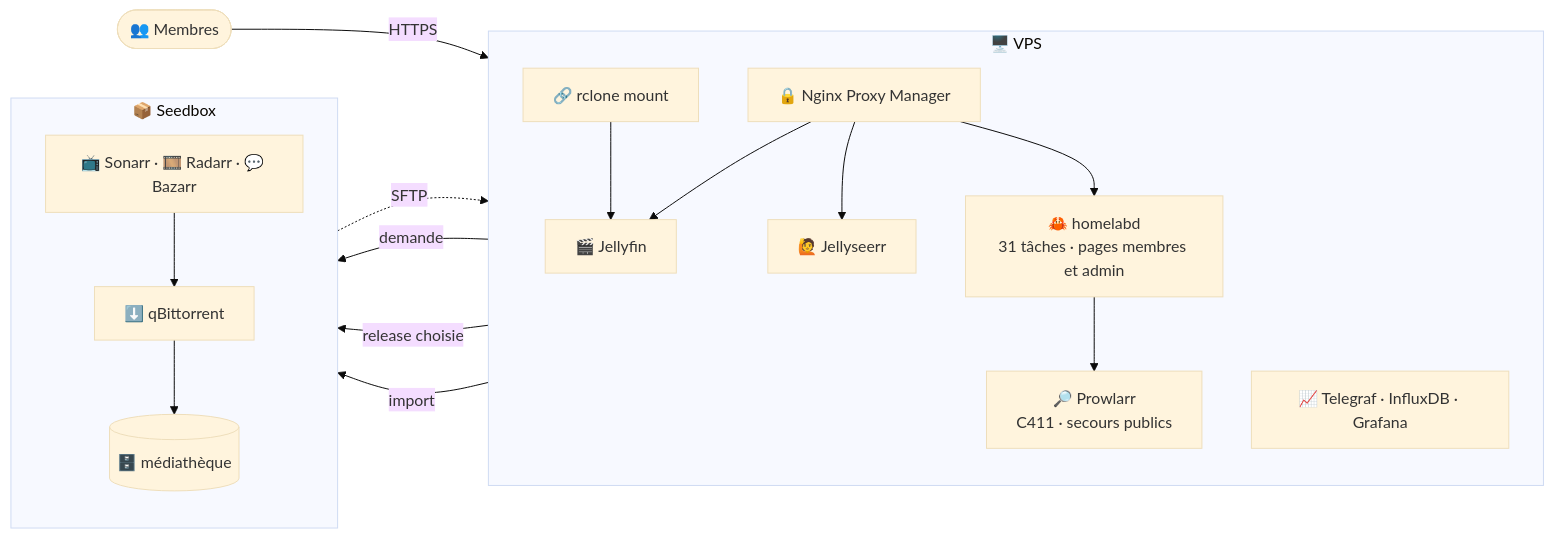
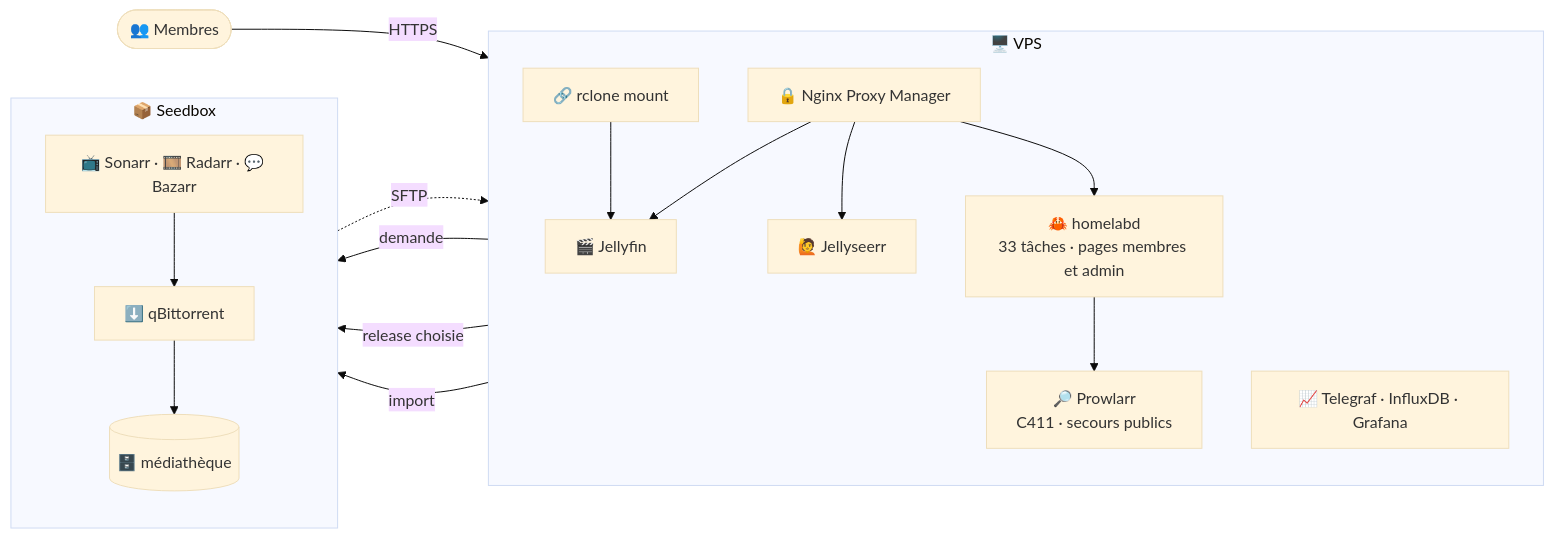
One commit to HaradasCYB/groscailloux-homelab changed the diagram in README.md. Above: the diagram before and after it, drawn with Mermaid (base theme). The commit also changed 36 other files, not shown here.

````diff
--- a/README.md
+++ b/README.md
@@ -70,27 +70,27 @@
 ```mermaid
 flowchart LR
   users([👥 Membres]) -- HTTPS --> npm
   subgraph VPS["🖥️ VPS"]
     direction TB
     npm[🔒 Nginx Proxy Manager]
     jellyfin[🎬 Jellyfin]
     seerr[🙋 Jellyseerr]
-    homelabd[🦀 homelabd<br/>31 tâches · pages membres et admin]
+    homelabd[🦀 homelabd<br/>33 tâches · pages membres et admin]
     prowlarr[🔎 Prowlarr<br/>C411 · secours publics]
     obs[📈 Telegraf · InfluxDB · Grafana]
     rclone[🔗 rclone mount]
     npm --> jellyfin & seerr & homelabd
     homelabd --> prowlarr
   end
   subgraph SB["📦 Seedbox"]
     direction TB
     arrs[📺 Sonarr · 🎞️ Radarr · 💬 Bazarr]
     qbit[⬇️ qBittorrent]
     media[(🗄️ médiathèque)]
     arrs --> qbit --> media
   end
   seerr -- demande --> arrs
   homelabd -- release choisie --> qbit
   homelabd -- import --> arrs
   media -. SFTP .-> rclone --> jellyfin
 ```
````
